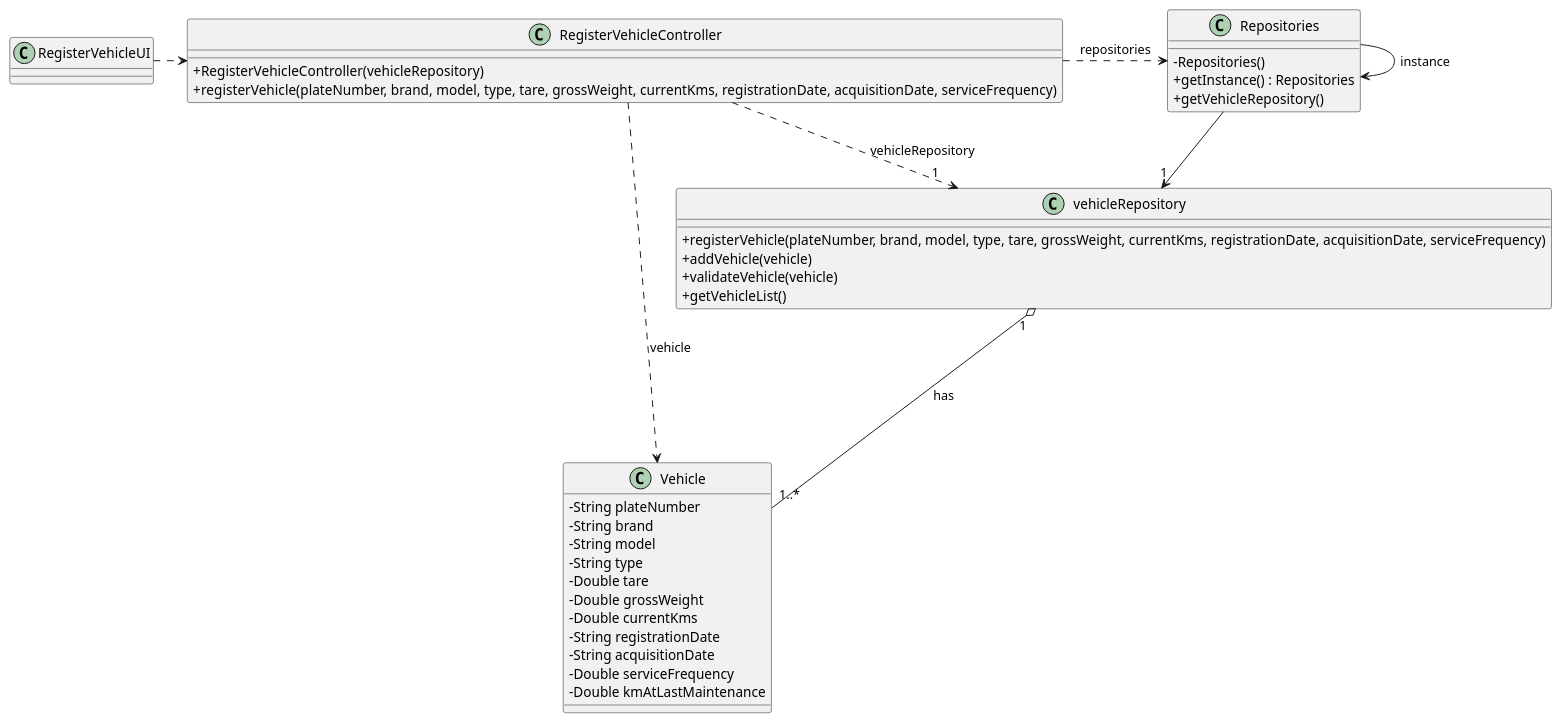
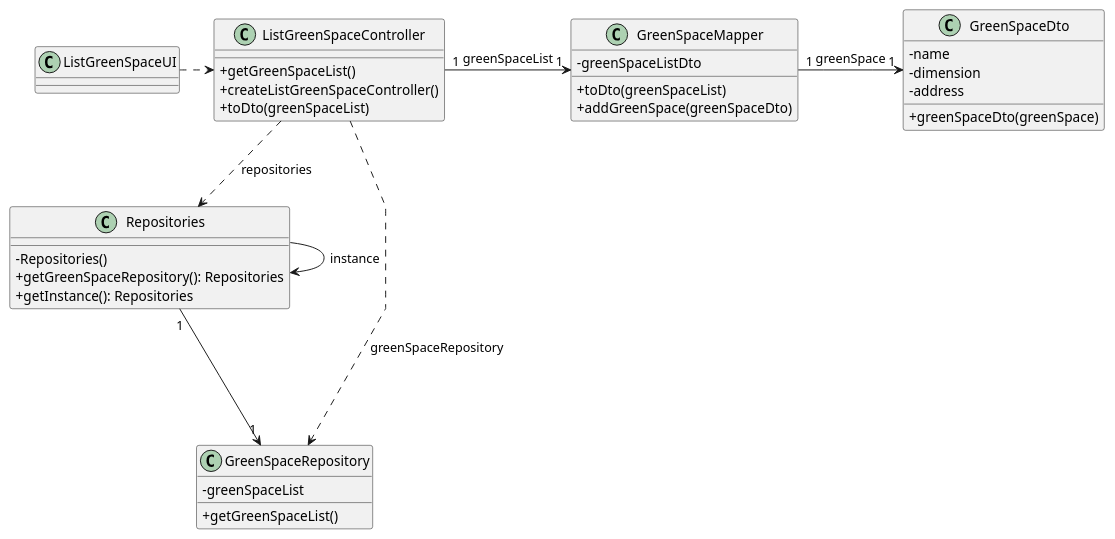
The diagram in docs/sprintC/us027/03.design/puml/us027-class-diagram.puml (diogoveirospro/lei-24-s2-1dg-g072), drawn with PlantUML before and after one commit. The commit also changed 14 other files, not shown here.

```diff
--- a/docs/sprintC/us027/03.design/puml/us027-class-diagram.puml
+++ b/docs/sprintC/us027/03.design/puml/us027-class-diagram.puml
@@ -1,62 +1,50 @@
 @startuml
 'skinparam monochrome true
 skinparam packageStyle rectangle
 skinparam shadowing false
 skinparam linetype polyline
 'skinparam linetype orto
 
 skinparam classAttributeIconSize 0
 
 'left to right direction
 
-class Repositories {
-    - Repositories()
-    + getInstance() : Repositories
-    + getVehicleRepository()
+class ListGreenSpaceUI{
+
+}
+class GreenSpaceMapper{
+    - greenSpaceListDto
+    + toDto(greenSpaceList)
+    + addGreenSpace(greenSpaceDto)
+}
+class GreenSpaceDto{
+    - name
+    - dimension
+    - address
+    + greenSpaceDto(greenSpace)
+}
+class ListGreenSpaceController{
+    + getGreenSpaceList()
+    + createListGreenSpaceController()
+    + toDto(greenSpaceList)
+}
+class GreenSpaceRepository{
+    - greenSpaceList
+    + getGreenSpaceList()
 }
 
-class RegisterVehicleController {
-    + RegisterVehicleController(vehicleRepository)
-    + registerVehicle(plateNumber, brand, model, type, tare, grossWeight, currentKms, registrationDate, acquisitionDate, serviceFrequency)
+
+class Repositories{
+ - Repositories()
+ + getGreenSpaceRepository(): Repositories
+ + getInstance(): Repositories
 }
 
-class vehicleRepository{
-    + registerVehicle(plateNumber, brand, model, type, tare, grossWeight, currentKms, registrationDate, acquisitionDate, serviceFrequency)
-    + addVehicle(vehicle)
-    + validateVehicle(vehicle)
-    + getVehicleList()
-}
-
-class RegisterVehicleUI {
-}
-
-class Vehicle{
-    - String plateNumber
-    - String brand
-    - String model
-    - String type
-    - Double tare
-    - Double grossWeight
-    - Double currentKms
-    - String registrationDate
-    - String acquisitionDate
-    - Double serviceFrequency
-    - Double kmAtLastMaintenance
-
-}
-
+ListGreenSpaceUI .> ListGreenSpaceController
+ListGreenSpaceController ..> Repositories : repositories
 Repositories -> Repositories : instance
-
-RegisterVehicleUI .> RegisterVehicleController
-RegisterVehicleController .> "1" vehicleRepository : vehicleRepository
-
-
-Repositories --> "1" vehicleRepository
-
-RegisterVehicleController .> Repositories : repositories
-
-vehicleRepository "1" o--- "1..*"Vehicle : has
-
-RegisterVehicleController .> Vehicle : vehicle
-
+ListGreenSpaceController .> GreenSpaceRepository: greenSpaceRepository
+Repositories "1" ---> "1" GreenSpaceRepository
+ListGreenSpaceController "1" -> "1" GreenSpaceMapper: greenSpaceList
+GreenSpaceMapper "1" -> "1" GreenSpaceDto: greenSpace
 @enduml
```
